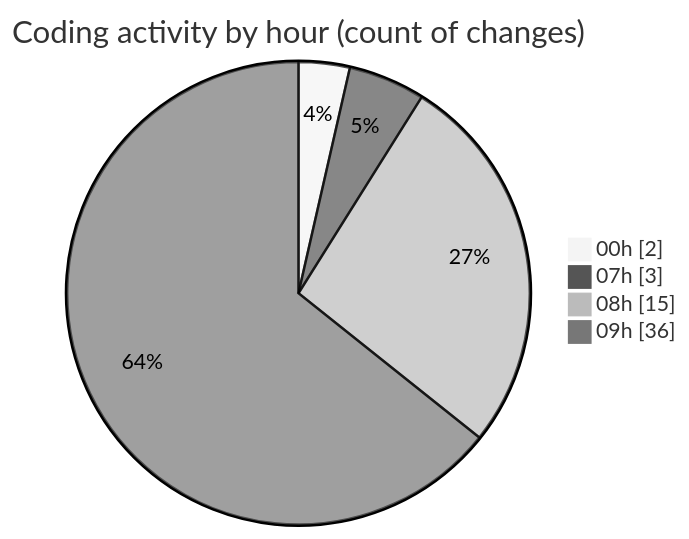
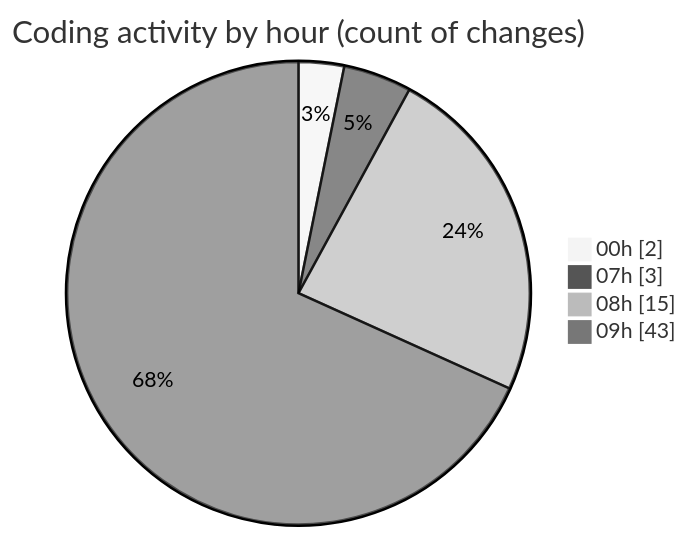
Before and after one commit to donsfak/code-tracking: the second of 2 diagrams in 2025-02-10/maps_clone/README.md, drawn with Mermaid (neutral theme). The commit also changed other lines of this file and 1 other file, not shown here.

````diff
--- a/2025-02-10/maps_clone/README.md
+++ b/2025-02-10/maps_clone/README.md
@@ -38,8 +38,8 @@
 ```mermaid
 pie showData
 title Coding activity by hour (count of changes)
 "00h" : 2
 "07h" : 3
 "08h" : 15
-"09h" : 36
+"09h" : 43
 ```
````
